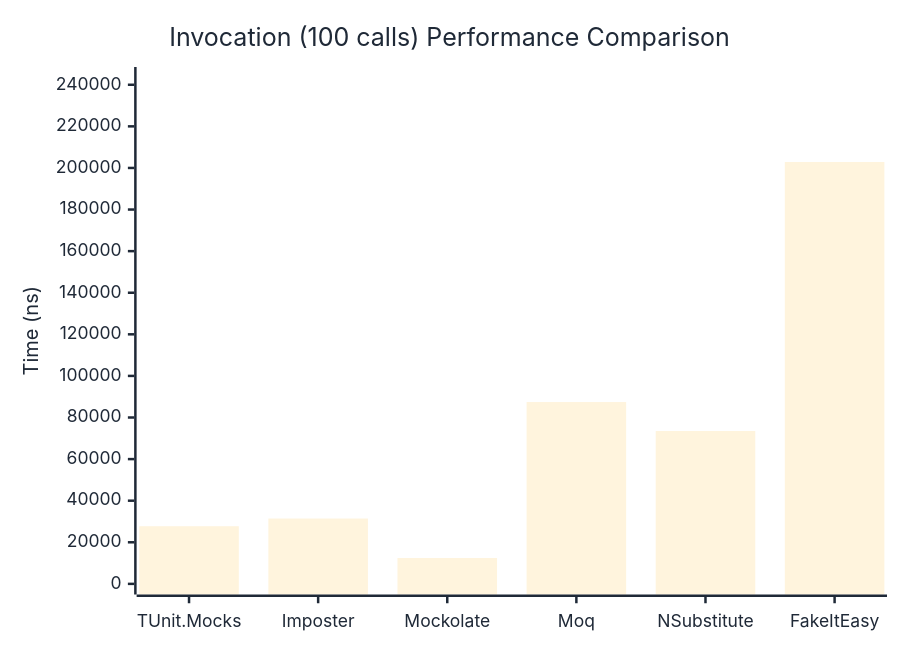
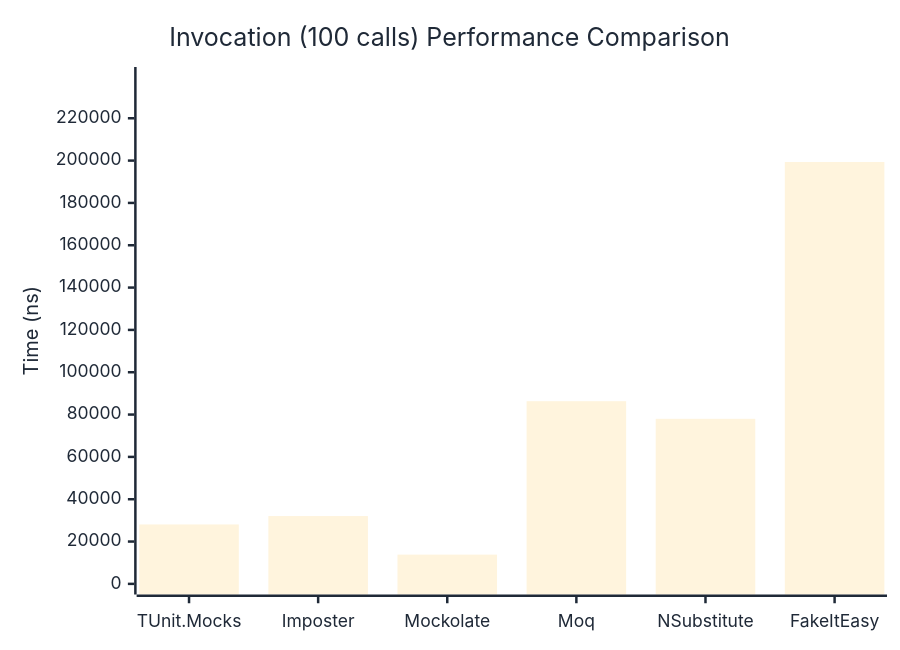
One commit to thomhurst/TUnit changed the third of 3 diagrams in docs/docs/benchmarks/mocks/Invocation.md. Above: the diagram before and after it, drawn with Mermaid. The commit also changed other lines of this file and 14 other files, not shown here.

````diff
--- a/docs/docs/benchmarks/mocks/Invocation.md
+++ b/docs/docs/benchmarks/mocks/Invocation.md
@@ -112,27 +112,27 @@
 ```mermaid
 %%{init: {
   'theme':'base',
   'themeVariables': {
     'primaryColor': '#2563eb',
     'primaryTextColor': '#1f2937',
     'primaryBorderColor': '#1e40af',
     'lineColor': '#6b7280',
     'secondaryColor': '#7c3aed',
     'tertiaryColor': '#dc2626',
     'background': '#ffffff',
     'pie1': '#2563eb',
     'pie2': '#7c3aed',
     'pie3': '#dc2626',
     'pie4': '#f59e0b',
     'pie5': '#10b981',
     'pie6': '#06b6d4',
     'pie7': '#ec4899',
     'pie8': '#6366f1'
   }
 }}%%
 xychart-beta
   title "Invocation (100 calls) Performance Comparison"
   x-axis ["TUnit.Mocks", "Imposter", "Mockolate", "Moq", "NSubstitute", "FakeItEasy"]
-  y-axis "Time (ns)" 0 --> 243433
-  bar [27719.8, 31426.8, 12433.9, 87432.9, 73494.8, 202860.7]
+  y-axis "Time (ns)" 0 --> 239205
+  bar [28081.7, 32043.1, 13823.5, 86318.8, 77995.4, 199337.1]
 ```
````
